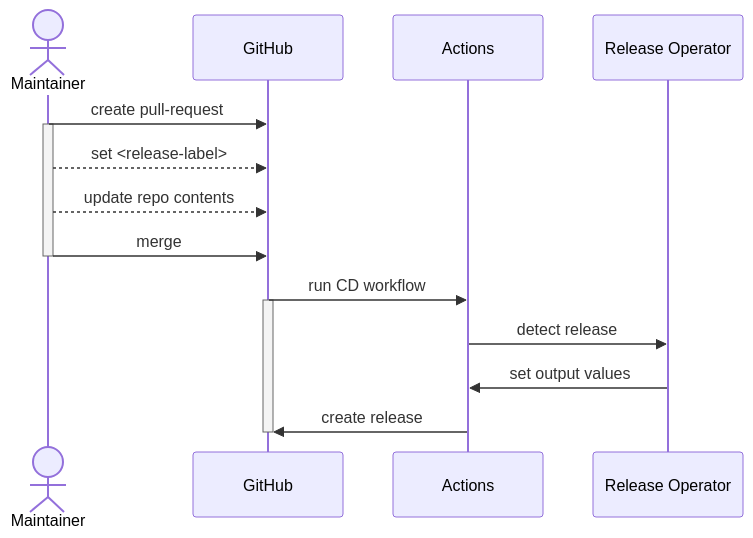
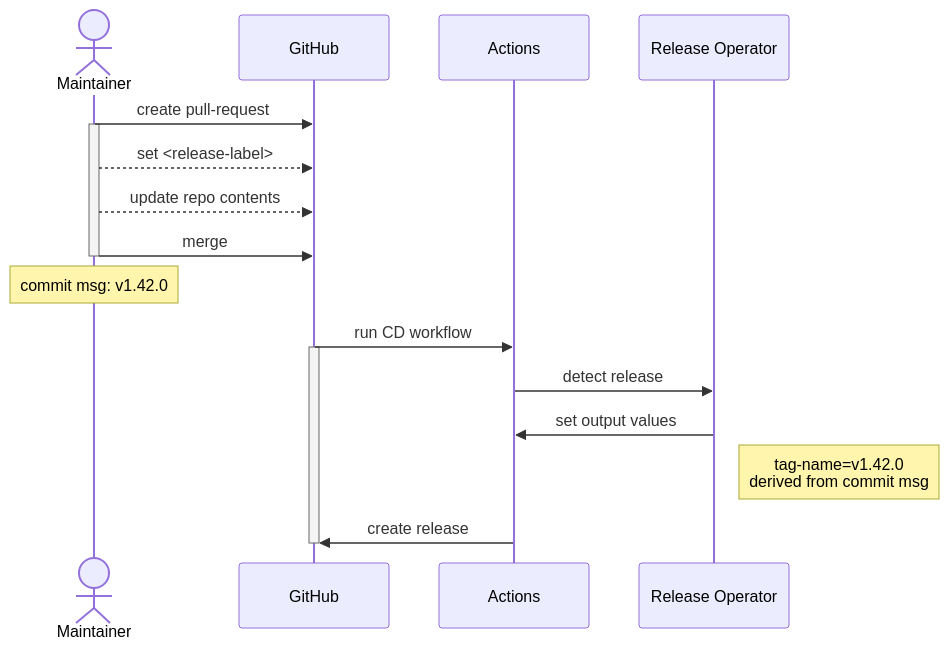
One commit to hannobraun/fornjot changed the diagram in release-operator/README.md. Above: the diagram before and after it, drawn with Mermaid. The commit also changed other lines of this file, not shown here.

````diff
--- a/release-operator/README.md
+++ b/release-operator/README.md
@@ -20,21 +20,23 @@
 ```mermaid
 sequenceDiagram
   actor U as Maintainer
   participant GitHub
   participant Actions
   participant RO as Release Operator
 
   U->>GitHub: create pull-request
   activate U
   U-->>GitHub: set <release-label>
   U-->>GitHub: update repo contents
   U->>GitHub: merge
   deactivate U
+  Note over U: commit msg: v1.42.0 
 
   GitHub->>Actions: run CD workflow
   activate GitHub
   Actions->>RO: detect release
   RO->>Actions: set output values
+  Note right of RO: tag-name=v1.42.0<br>derived from commit msg
   Actions->>GitHub: create release
   deactivate GitHub
 ```
````
